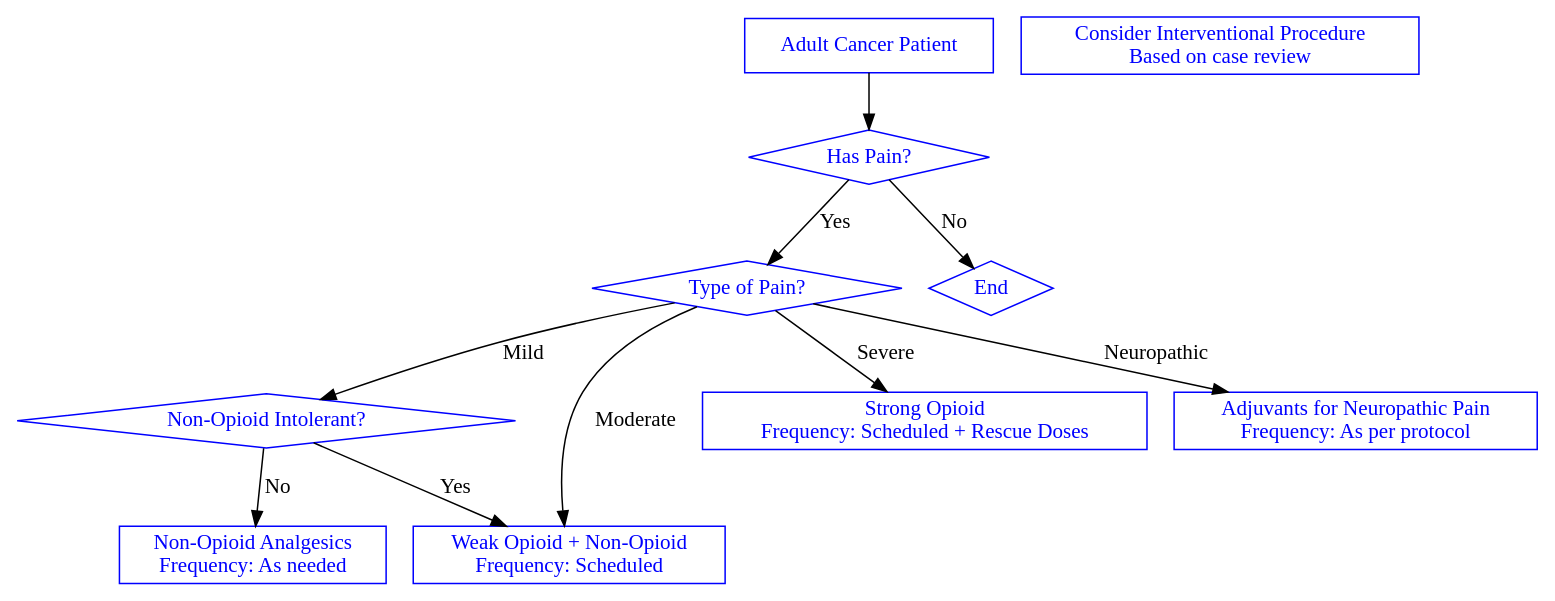
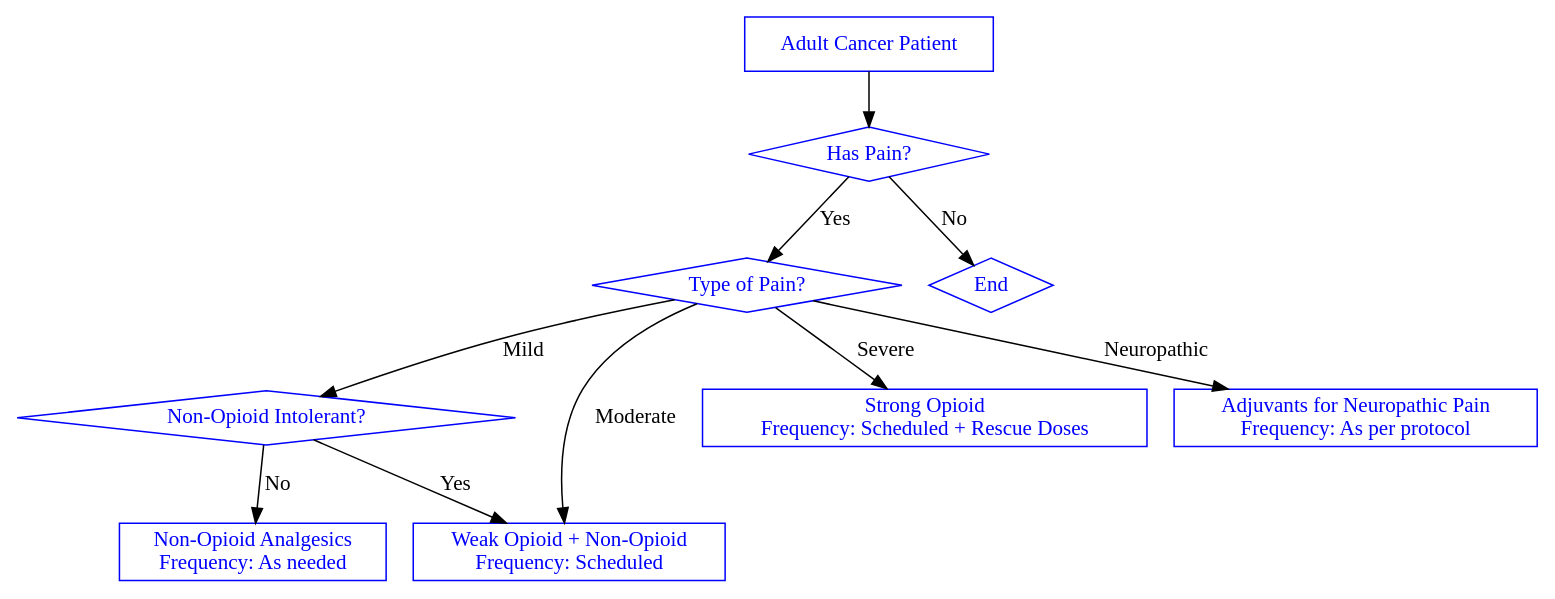
One commit to Medical-Software-Foundation/canvas changed the diagram in protocols/adult-cancer-pain-management/diagram.gpt.dot. Above: the diagram before and after it, drawn with Graphviz.

Commit message:
update to .dot file

```diff
--- a/protocols/adult-cancer-pain-management/diagram.gpt.dot
+++ b/protocols/adult-cancer-pain-management/diagram.gpt.dot
@@ -1,24 +1,23 @@
 digraph G {
     rankdir=TB
     node [shape=diamond, color=blue, fontcolor=blue];
     
     Start [label="Adult Cancer Patient", shape=rectangle];
     HasPain [label="Has Pain?"];
     PainType [label="Type of Pain?"];
     NonOpioidIntolerant [label="Non-Opioid Intolerant?"];
     MildPainAction [label="Non-Opioid Analgesics\nFrequency: As needed", shape=rectangle];
     ModeratePainAction [label="Weak Opioid + Non-Opioid\nFrequency: Scheduled", shape=rectangle];
     SeverePainAction [label="Strong Opioid\nFrequency: Scheduled + Rescue Doses", shape=rectangle];
     NeuropathicPainAction [label="Adjuvants for Neuropathic Pain\nFrequency: As per protocol", shape=rectangle];
-    InterventionalProcedure [label="Consider Interventional Procedure\nBased on case review", shape=rectangle];
 
     Start -> HasPain
     HasPain -> PainType [label="Yes"];
     HasPain -> End [label="No", shape=rectangle];
     PainType -> NonOpioidIntolerant [label="Mild"];
     PainType -> ModeratePainAction [label="Moderate"];
     PainType -> SeverePainAction [label="Severe"];
     PainType -> NeuropathicPainAction [label="Neuropathic"];
     NonOpioidIntolerant -> MildPainAction [label="No"];
     NonOpioidIntolerant -> ModeratePainAction [label="Yes"];
 }
```
